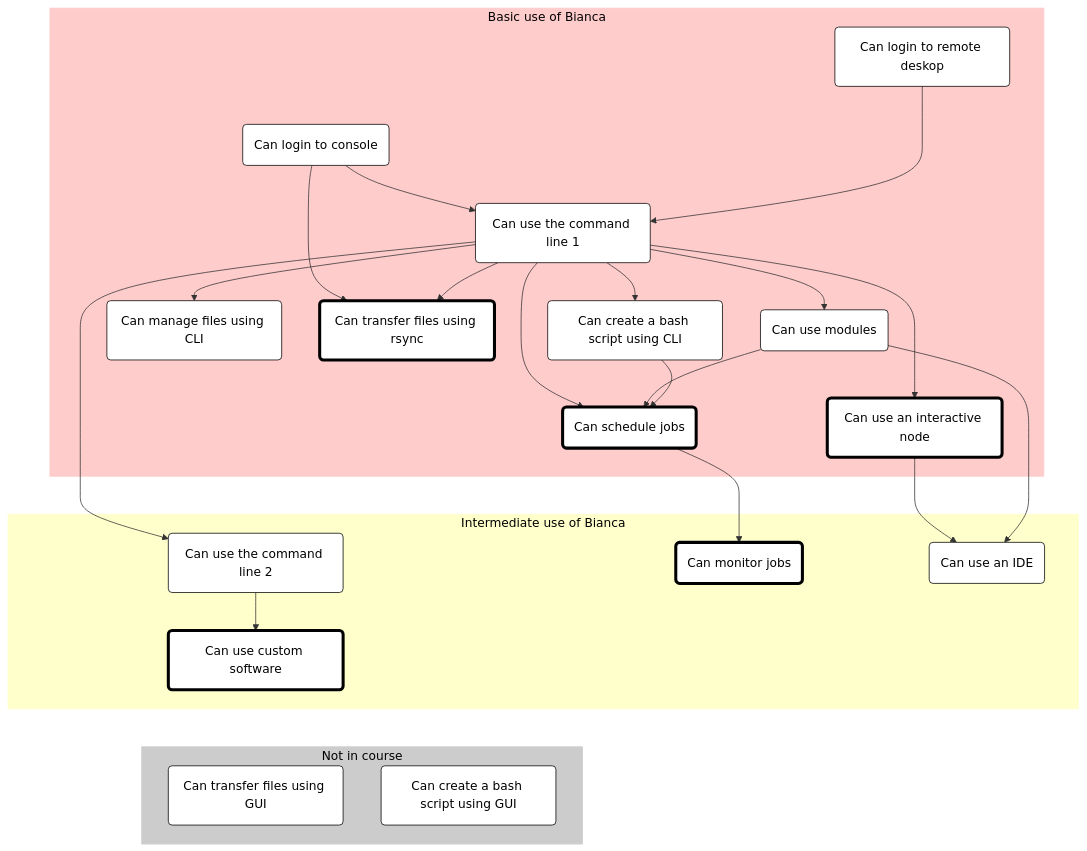
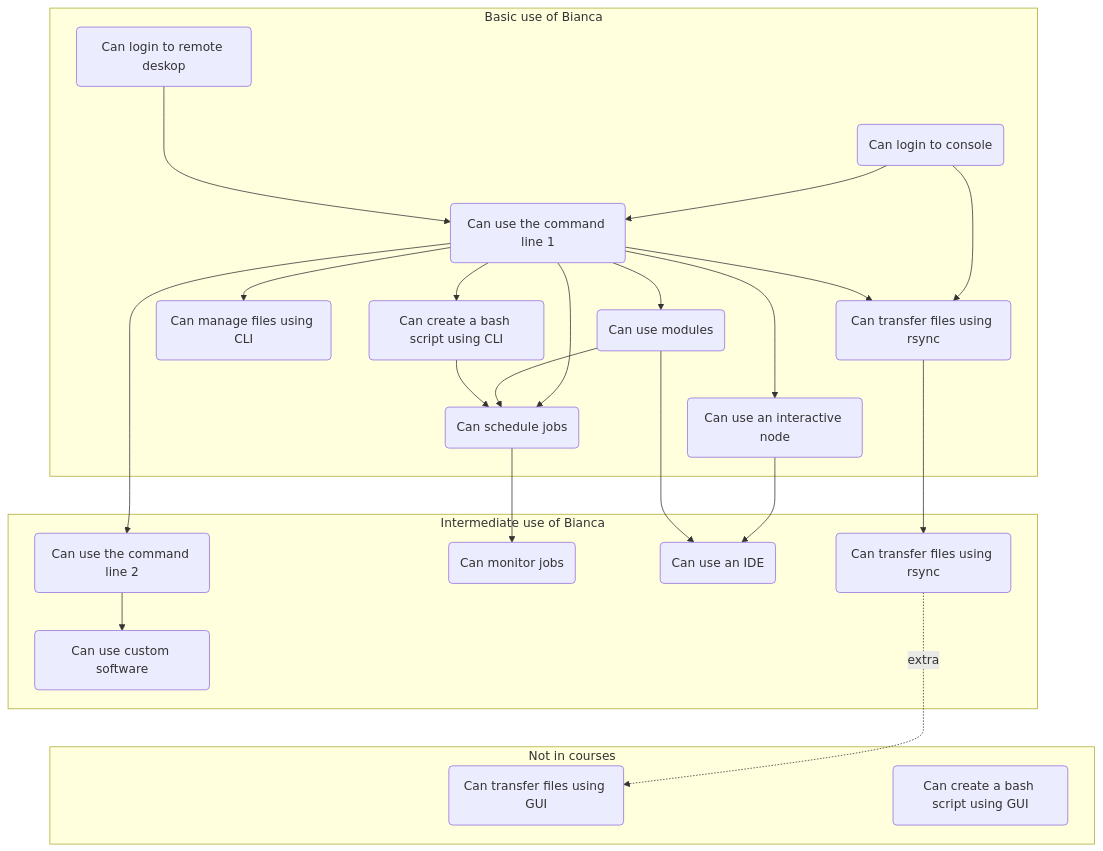
The diagram in docs/intermediate/intro.md (UPPMAX/bianca_workshop), drawn with Mermaid before and after one commit. The commit also changed other lines of this file, not shown here.

````diff
--- a/docs/intermediate/intro.md
+++ b/docs/intermediate/intro.md
@@ -86,72 +121,68 @@
 ```mermaid
 %% Direction is top->down
 flowchart TD
 
-    %% Give a white background, instead of a transparent one
-    classDef node fill:#fff,color:#000,stroke:#000
-    classDef focus_node fill:#fff,color:#000,stroke:#000,stroke-width:4px
-    
     subgraph sub_basic_use["Basic use of Bianca"]
       can_login_to_remove_desktop(Can login to remote deskop)
       can_login_to_console(Can login to console)
       can_use_command_line_1(Can use the command line 1)
       can_use_modules(Can use modules)
-      can_use_interactive_node(Can use an interactive node):::focus_node
+      can_use_interactive_node(Can use an interactive node)
       can_manage_files_using_cli(Can manage files using CLI)
-      can_tranfer_files_using_rsync(Can transfer files using rsync):::focus_node
-      can_schedule_jobs(Can schedule jobs):::focus_node
+      can_tranfer_files_using_rsync(Can transfer files using rsync)
+      can_schedule_jobs(Can schedule jobs)
       can_create_bash_script_using_cli(Can create a bash script using CLI)
     end
-    style sub_basic_use fill:#fcc,color:#000,stroke:#fcc
 
     subgraph sub_intermediate_use["Intermediate use of Bianca"]
       can_use_command_line_2(Can use the command line 2)
-      can_use_custom_software(Can use custom software):::focus_node
-      can_monitor_jobs(Can monitor jobs):::focus_node
+      can_use_custom_software(Can use custom software)
+      can_monitor_jobs(Can monitor jobs)
       can_use_ide(Can use an IDE)
+      can_tranfer_files_using_rsync2(Can transfer files using rsync)
     end
-    style sub_intermediate_use fill:#ffc,color:#000,stroke:#ffc
 
-    subgraph sub_non_goal["Not in course"]
+    subgraph sub_non_goal["Not in courses"]
       can_tranfer_files_using_gui(Can transfer files using GUI)
       can_create_bash_script_using_gui(Can create a bash script using GUI)
     end
-    style sub_non_goal fill:#ccc,color:#000,stroke:#ccc
 
 
     %% Basic
     can_login_to_console --> can_tranfer_files_using_rsync
     can_login_to_console --> can_use_command_line_1
     can_login_to_remove_desktop ---> can_use_command_line_1
     can_use_command_line_1 --> can_use_modules
     can_use_command_line_1 --> can_use_interactive_node
     can_use_command_line_1 --> can_use_command_line_2
     can_use_command_line_1 --> can_create_bash_script_using_cli
     can_use_command_line_1 --> can_schedule_jobs
     can_use_command_line_1 --> can_manage_files_using_cli
     can_use_command_line_1 --> can_tranfer_files_using_rsync
     can_use_modules --> can_schedule_jobs
     can_create_bash_script_using_cli --> can_schedule_jobs
 
     %% Basic -> Intermediate
+    can_tranfer_files_using_rsync --> can_tranfer_files_using_rsync2
     can_schedule_jobs --> can_monitor_jobs
     can_use_interactive_node --> can_use_ide
     can_use_modules --> can_use_ide
+    can_tranfer_files_using_rsync2 -.-> |extra| can_tranfer_files_using_gui
 
     %% Make sure Intermediate is below Basic,
     %% using invisible nodes
     can_schedule_jobs ~~~ can_use_command_line_2
 
     %% Intermediate
     can_use_command_line_2 --> can_use_custom_software
 
     %% Basic -> None
     %% can_login_to_remove_desktop ---> can_tranfer_files_using_gui
     %% can_tranfer_files_using_gui --> can_use_custom_software
     %% can_login_to_remove_desktop ---> can_create_bash_script_using_gui
     %% can_create_bash_script_using_gui --> can_schedule_jobs
 
     %% Make sure Non-goals is below Intermediat,
     %% using invisible nodes
     can_use_custom_software ~~~ can_tranfer_files_using_gui
 ```
````
